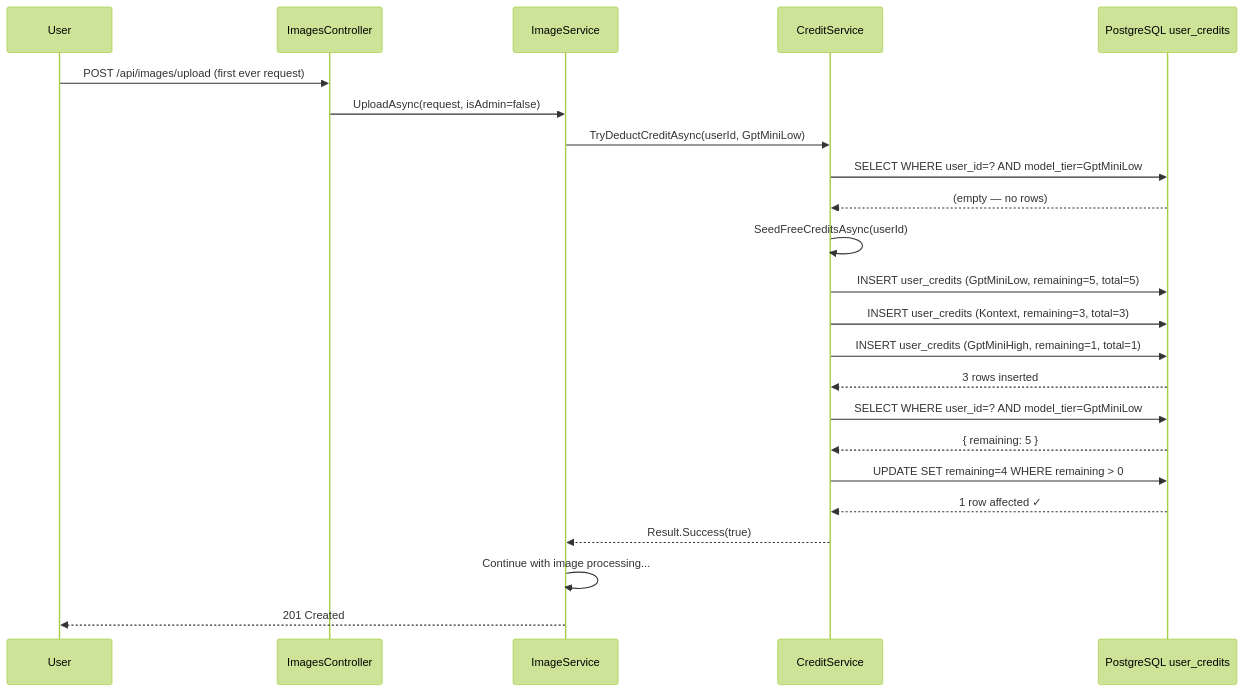
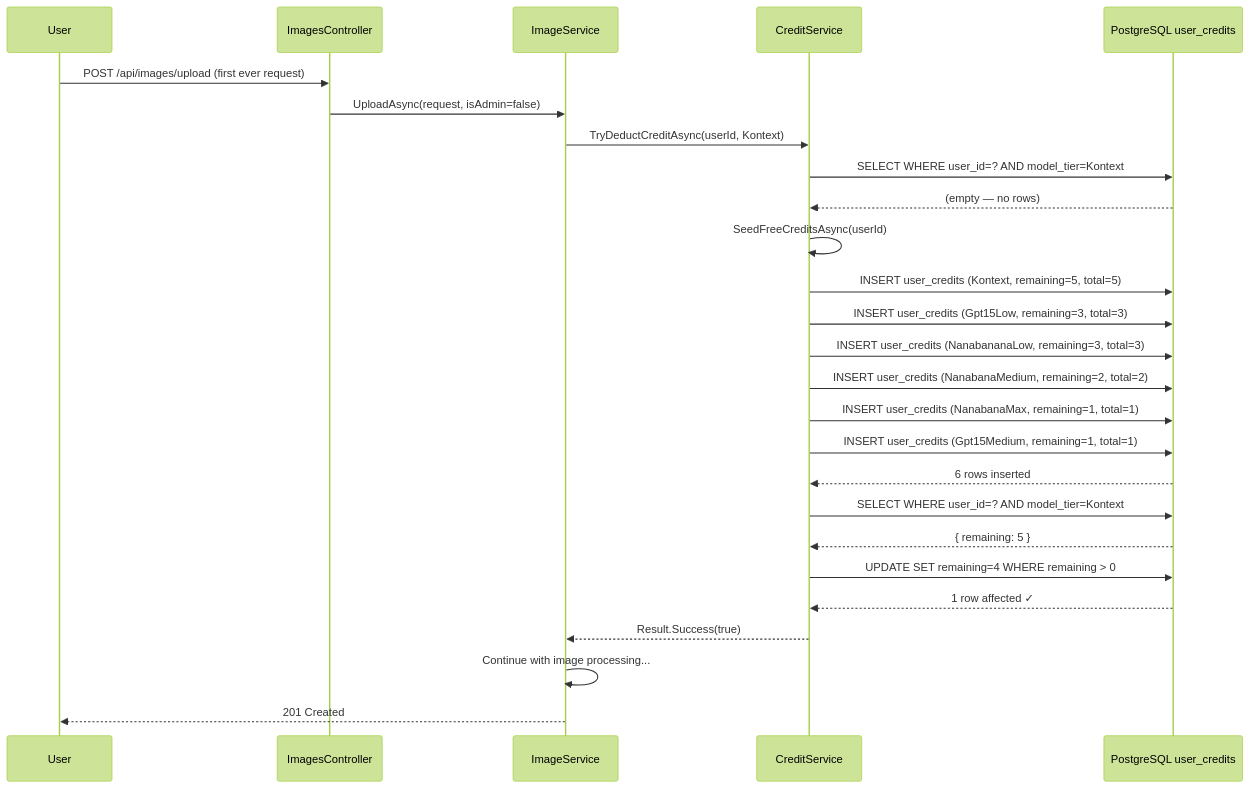
Diagram 13 of 14 in docs/ia-architecture/ia-architecture.md (Jhon6723/capstone-software-development-5-service), drawn with Mermaid (forest theme) before and after one commit. The commit also changed other lines of this file and 1 other file, not shown here.

First line of the commit message:
docs: update AI model tiers from 3 to 7 models and revise credit pricing structure

````diff
--- a/docs/ia-architecture/ia-architecture.md
+++ b/docs/ia-architecture/ia-architecture.md
@@ -1006,29 +1134,32 @@
 ```mermaid
 sequenceDiagram
     participant U as User
     participant IC as ImagesController
     participant IS as ImageService
     participant CS as CreditService
     participant DB as PostgreSQL user_credits
 
     U->>IC: POST /api/images/upload (first ever request)
     IC->>IS: UploadAsync(request, isAdmin=false)
-    IS->>CS: TryDeductCreditAsync(userId, GptMiniLow)
-    CS->>DB: SELECT WHERE user_id=? AND model_tier=GptMiniLow
+    IS->>CS: TryDeductCreditAsync(userId, Kontext)
+    CS->>DB: SELECT WHERE user_id=? AND model_tier=Kontext
     DB-->>CS: (empty — no rows)
 
     CS->>CS: SeedFreeCreditsAsync(userId)
-    CS->>DB: INSERT user_credits (GptMiniLow, remaining=5, total=5)
-    CS->>DB: INSERT user_credits (Kontext, remaining=3, total=3)
-    CS->>DB: INSERT user_credits (GptMiniHigh, remaining=1, total=1)
-    DB-->>CS: 3 rows inserted
+    CS->>DB: INSERT user_credits (Kontext, remaining=5, total=5)
+    CS->>DB: INSERT user_credits (Gpt15Low, remaining=3, total=3)
+    CS->>DB: INSERT user_credits (NanabananaLow, remaining=3, total=3)
+    CS->>DB: INSERT user_credits (NanabanaMedium, remaining=2, total=2)
+    CS->>DB: INSERT user_credits (NanabanaMax, remaining=1, total=1)
+    CS->>DB: INSERT user_credits (Gpt15Medium, remaining=1, total=1)
+    DB-->>CS: 6 rows inserted
 
-    CS->>DB: SELECT WHERE user_id=? AND model_tier=GptMiniLow
+    CS->>DB: SELECT WHERE user_id=? AND model_tier=Kontext
     DB-->>CS: { remaining: 5 }
 
     CS->>DB: UPDATE SET remaining=4 WHERE remaining > 0
     DB-->>CS: 1 row affected ✓
     CS-->>IS: Result.Success(true)
     IS->>IS: Continue with image processing...
     IS-->>U: 201 Created
 ```
````
